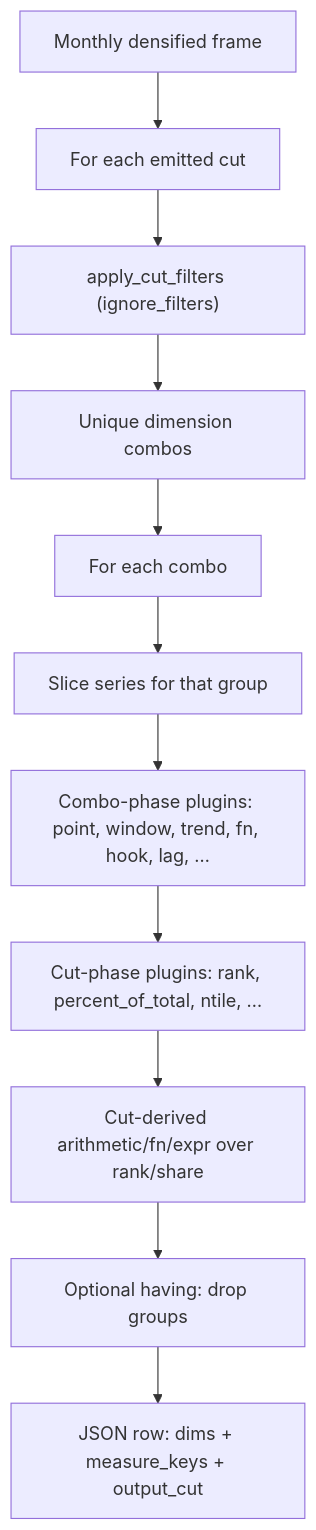
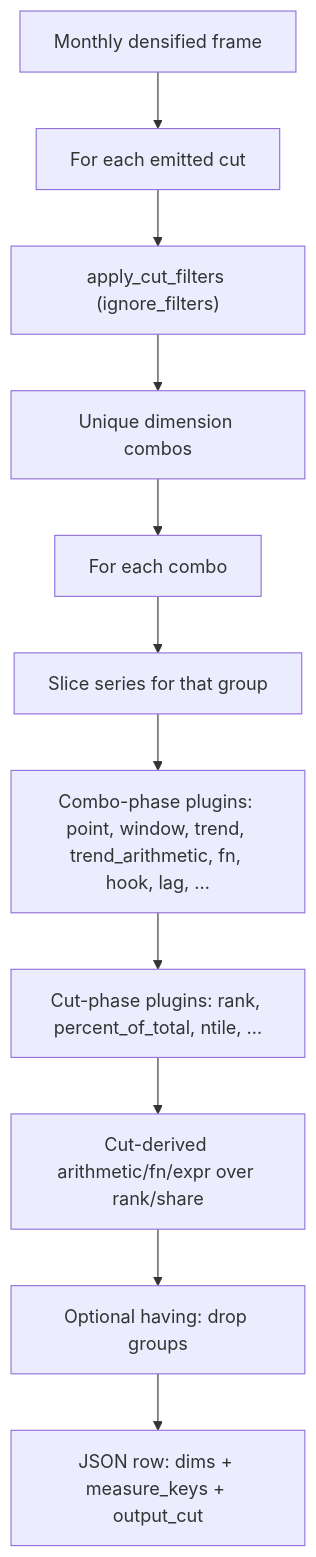
Before and after one commit to vinayakmore4599/KPI: the ninth of 16 diagrams in kpi-system-architecture.md, drawn with Mermaid. The commit also changed other lines of this file and 12 other files, not shown here.

Commit message:
Add trend_arithmetic so S-OTIF graphs can be a per-period ratio of totals, and allow constant null.

````diff
--- a/kpi-system-architecture.md
+++ b/kpi-system-architecture.md
@@ -324,13 +324,13 @@
 ```mermaid
 flowchart TB
   M["Monthly densified frame"] --> LOOP["For each emitted cut"]
   LOOP --> MASK["apply_cut_filters (ignore_filters)"]
   MASK --> COMBOS["Unique dimension combos"]
   COMBOS --> EACH["For each combo"]
   EACH --> SER["Slice series for that group"]
-  SER --> COMBO["Combo-phase plugins: point, window, trend, fn, hook, lag, …"]
+  SER --> COMBO["Combo-phase plugins: point, window, trend, trend_arithmetic, fn, hook, lag, …"]
   COMBO --> CUTP["Cut-phase plugins: rank, percent_of_total, ntile, …"]
   CUTP --> DER["Cut-derived arithmetic/fn/expr over rank/share"]
   DER --> HAV["Optional having: drop groups"]
   HAV --> ROW["JSON row: dims + measure_keys + output_cut"]
 ```
````
